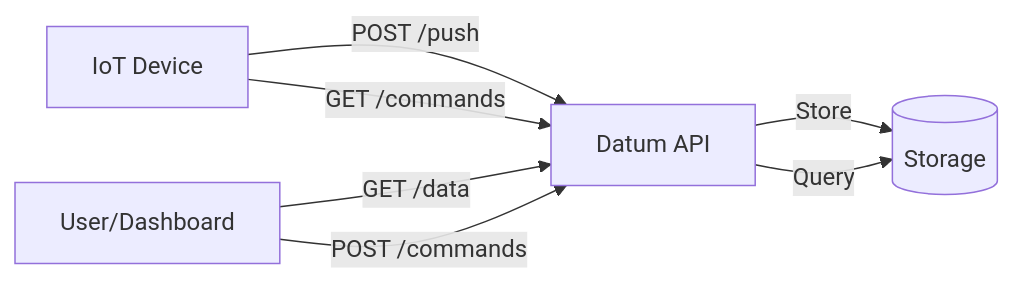
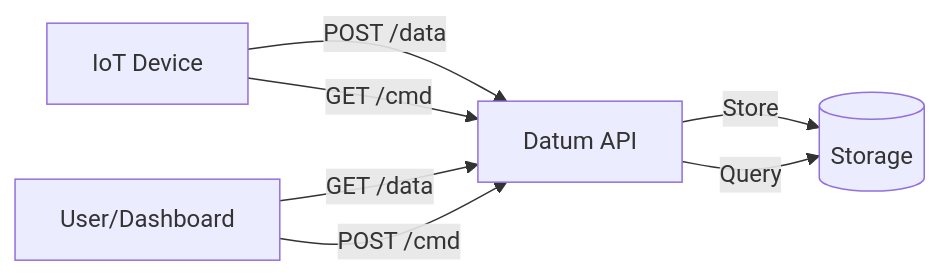
One commit to tevfik/datum-server changed the diagram in docs/tutorials/QUICK_START.md. Above: the diagram before and after it, drawn with Mermaid. The commit also changed other lines of this file and 61 other files, not shown here.

````diff
--- a/docs/tutorials/QUICK_START.md
+++ b/docs/tutorials/QUICK_START.md
@@ -312,9 +312,9 @@
 ```mermaid
 graph LR
-    DEVICE[IoT Device] -->|POST /push| API[Datum API]
+    DEVICE[IoT Device] -->|POST /data| API[Datum API]
     API -->|Store| DB[(Storage)]
     USER[User/Dashboard] -->|GET /data| API
     API -->|Query| DB
-    USER -->|POST /commands| API
-    DEVICE -->|GET /commands| API
+    USER -->|POST /cmd| API
+    DEVICE -->|GET /cmd| API
 ```
````
